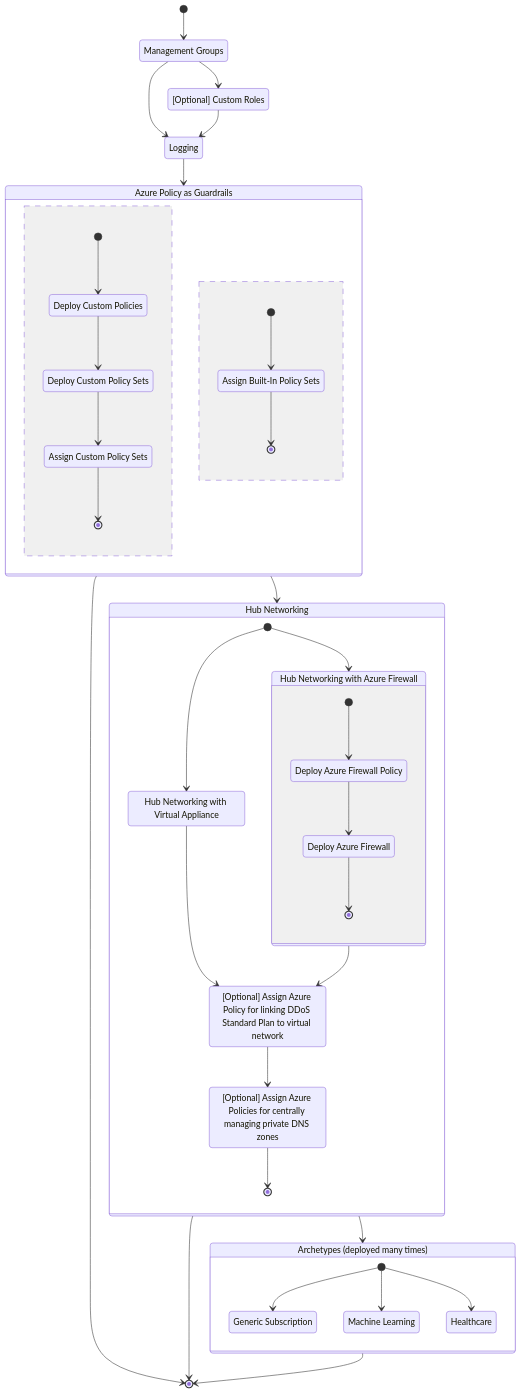
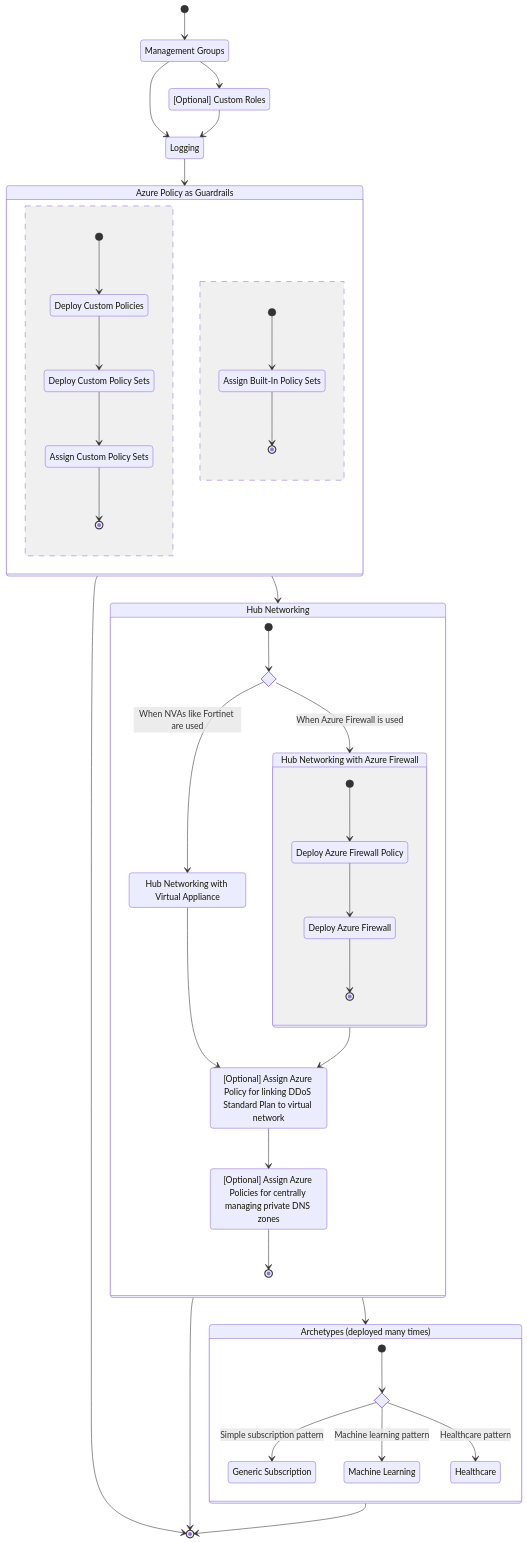
Before and after one commit to Azure/CanadaPubSecALZ: the diagram in docs/onboarding/azure-devops-pipelines.md, drawn with Mermaid.

Commit message:
Add choices

````diff
--- a/docs/onboarding/azure-devops-pipelines.md
+++ b/docs/onboarding/azure-devops-pipelines.md
@@ -52,74 +52,82 @@
 ```mermaid
   stateDiagram-v2
     ManagementGroups: Management Groups
     CustomRoles: [Optional] Custom Roles
     Logging: Logging
 
     Policy: Azure Policy as Guardrails
     DeployCustomPolicies: Deploy Custom Policies
     DeployCustomPolicySets: Deploy Custom Policy Sets
     AssignCustomPolicySets: Assign Custom Policy Sets
     AssignBuiltInPolicySets:  Assign Built-In Policy Sets
 
     HubNetworking: Hub Networking
     DeployWithNetworkVirtualAppliance:  Hub Networking with Virtual Appliance
     DeployWithAzureFirewall: Hub Networking with Azure Firewall
     DeployAzureFirewallPolicy: Deploy Azure Firewall Policy
     DeployAzureFirewall: Deploy Azure Firewall
     AssignDDOSPolicy: [Optional] Assign Azure Policy for linking DDoS Standard Plan to virtual network
     AssignPrivateDNSZonesPolicy: [Optional] Assign Azure Policies for centrally managing private DNS zones
 
     Archetypes: Archetypes (deployed many times)
     DeployGenericSubscriptionArchetype: Generic Subscription
     DeployMachineLearningArchetype: Machine Learning
     DeployHealthcareArchetype: Healthcare
     
     [*] --> ManagementGroups
     ManagementGroups --> CustomRoles
     ManagementGroups-->Logging
     CustomRoles --> Logging
     Logging --> Policy
 
     state Policy {
         [*] --> DeployCustomPolicies
         DeployCustomPolicies --> DeployCustomPolicySets
         DeployCustomPolicySets --> AssignCustomPolicySets
         AssignCustomPolicySets --> [*]
         --
         [*] --> AssignBuiltInPolicySets
 
         AssignBuiltInPolicySets --> [*]
     }
 
     Policy --> HubNetworking
 
     state HubNetworking {
-        [*] --> DeployWithNetworkVirtualAppliance
-        [*] --> DeployWithAzureFirewall
+        state HubNetworkTechChoice <<choice>>
+        
+        [*] --> HubNetworkTechChoice 
+
+        HubNetworkTechChoice --> DeployWithNetworkVirtualAppliance: When NVAs like Fortinet are used
+        HubNetworkTechChoice --> DeployWithAzureFirewall:  When Azure Firewall is used
 
         state DeployWithAzureFirewall {
             [*] --> DeployAzureFirewallPolicy
             DeployAzureFirewallPolicy --> DeployAzureFirewall
             DeployAzureFirewall --> [*]
         }
 
         DeployWithNetworkVirtualAppliance --> AssignDDOSPolicy
         DeployWithAzureFirewall --> AssignDDOSPolicy
 
         AssignDDOSPolicy --> AssignPrivateDNSZonesPolicy
 
         AssignPrivateDNSZonesPolicy --> [*]
     }
 
     HubNetworking --> Archetypes
 
     state Archetypes {
-        [*] --> DeployGenericSubscriptionArchetype
-        [*] --> DeployMachineLearningArchetype
-        [*] --> DeployHealthcareArchetype 
+        state ArchetypeChoice <<choice>>
+
+        [*] --> ArchetypeChoice
+
+        ArchetypeChoice --> DeployGenericSubscriptionArchetype: Simple subscription pattern
+        ArchetypeChoice --> DeployMachineLearningArchetype: Machine learning pattern
+        ArchetypeChoice --> DeployHealthcareArchetype: Healthcare pattern
     }
 
     Policy --> [*]
     HubNetworking --> [*]
     Archetypes --> [*]
 ```
````
